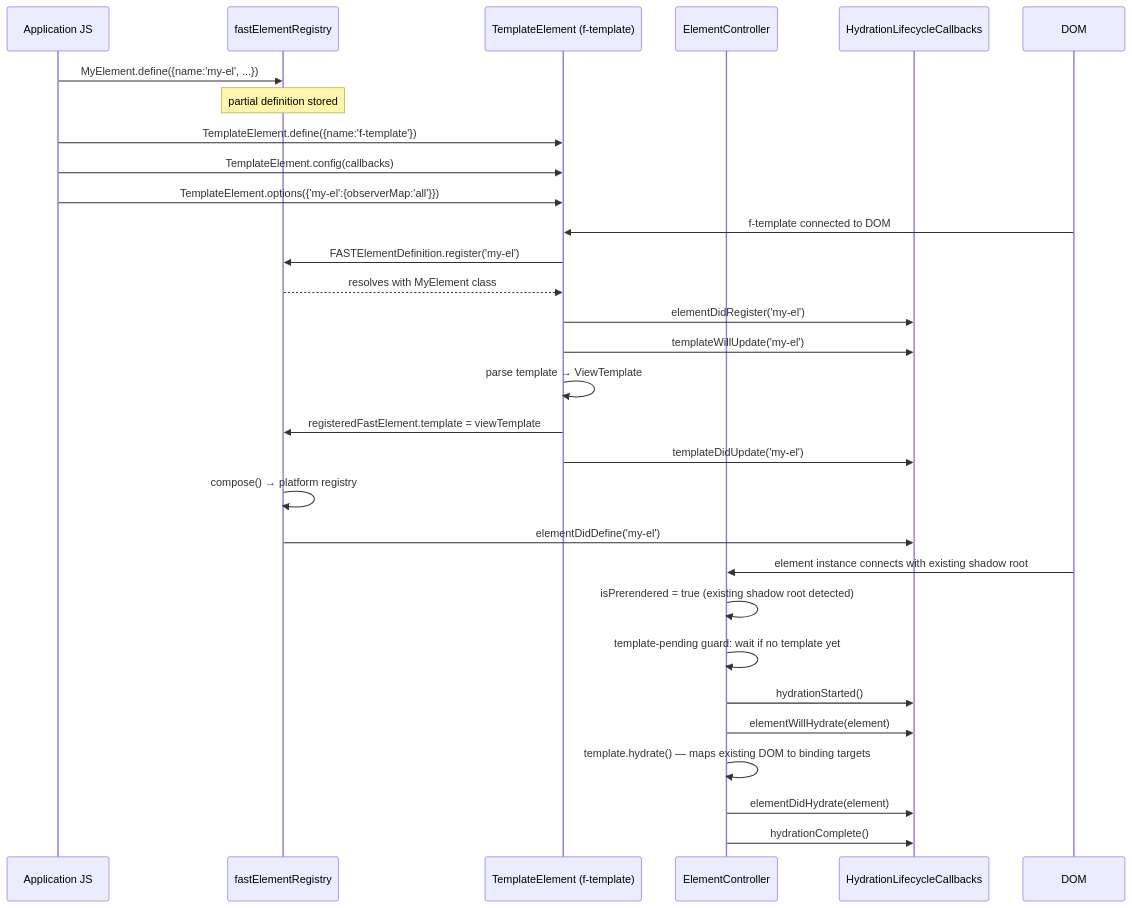
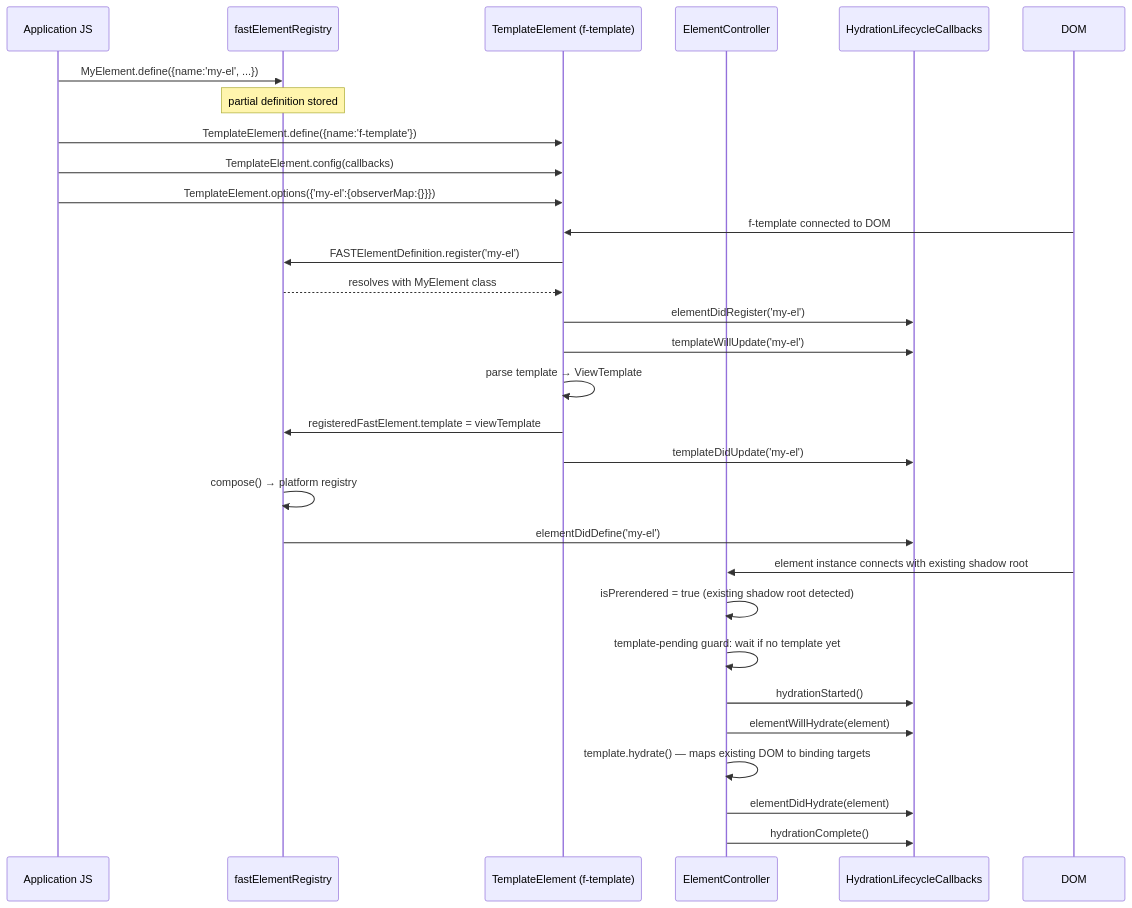
One commit to microsoft/fast changed the fourth of 4 diagrams in packages/fast-element/DECLARATIVE_DESIGN.md. Above: the diagram before and after it, drawn with Mermaid. The commit also changed other lines of this file and 37 other files, not shown here.

````diff
--- a/packages/fast-element/DECLARATIVE_DESIGN.md
+++ b/packages/fast-element/DECLARATIVE_DESIGN.md
@@ -487,35 +504,35 @@
 ```mermaid
 sequenceDiagram
     participant App as Application JS
     participant FER as fastElementRegistry
     participant TE as TemplateElement (f-template)
     participant EC as ElementController
     participant Callbacks as HydrationLifecycleCallbacks
 
     App->>FER: MyElement.define({name:'my-el', ...})
     note over FER: partial definition stored
 
     App->>TE: TemplateElement.define({name:'f-template'})
     App->>TE: TemplateElement.config(callbacks)
-    App->>TE: TemplateElement.options({'my-el':{observerMap:'all'}})
+    App->>TE: TemplateElement.options({'my-el':{observerMap:{}}})
 
     DOM->>TE: f-template connected to DOM
     TE->>FER: FASTElementDefinition.register('my-el')
     FER-->>TE: resolves with MyElement class
     TE->>Callbacks: elementDidRegister('my-el')
     TE->>Callbacks: templateWillUpdate('my-el')
     TE->>TE: parse template → ViewTemplate
     TE->>FER: registeredFastElement.template = viewTemplate
     TE->>Callbacks: templateDidUpdate('my-el')
     FER->>FER: compose() → platform registry
     FER->>Callbacks: elementDidDefine('my-el')
 
     DOM->>EC: element instance connects with existing shadow root
     EC->>EC: isPrerendered = true (existing shadow root detected)
     EC->>EC: template-pending guard: wait if no template yet
     EC->>Callbacks: hydrationStarted()
     EC->>Callbacks: elementWillHydrate(element)
     EC->>EC: template.hydrate() — maps existing DOM to binding targets
     EC->>Callbacks: elementDidHydrate(element)
     EC->>Callbacks: hydrationComplete()
 ```
````
